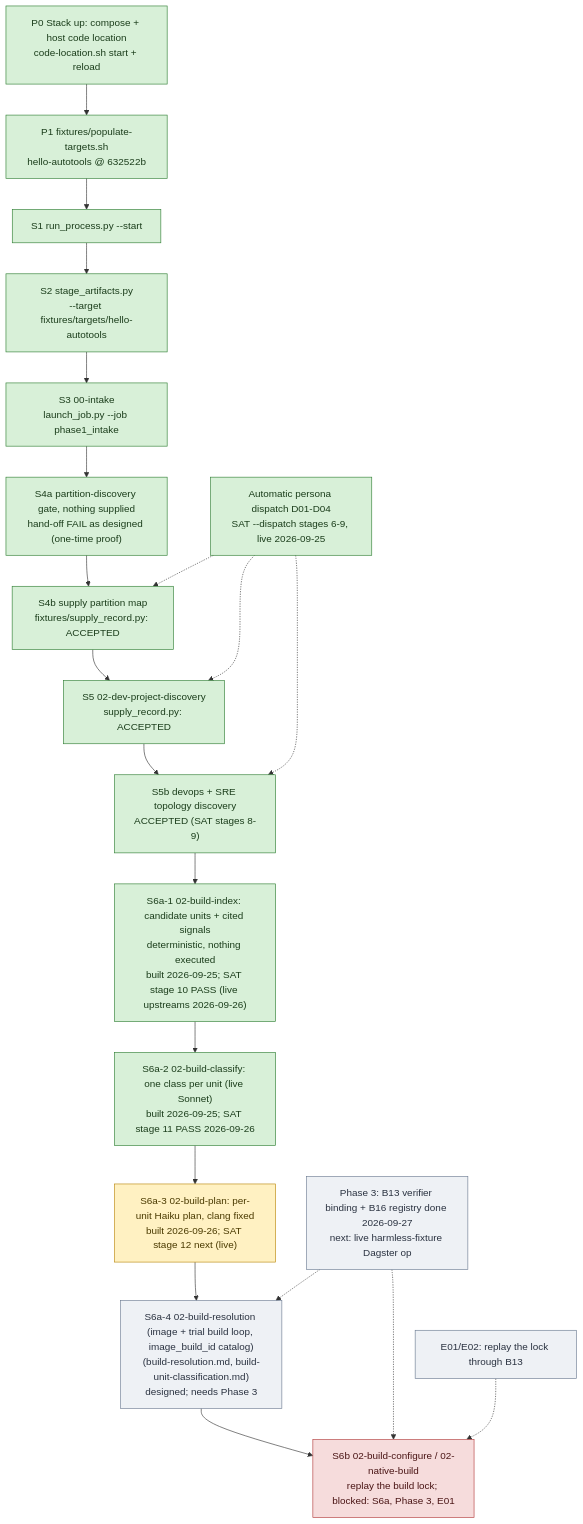
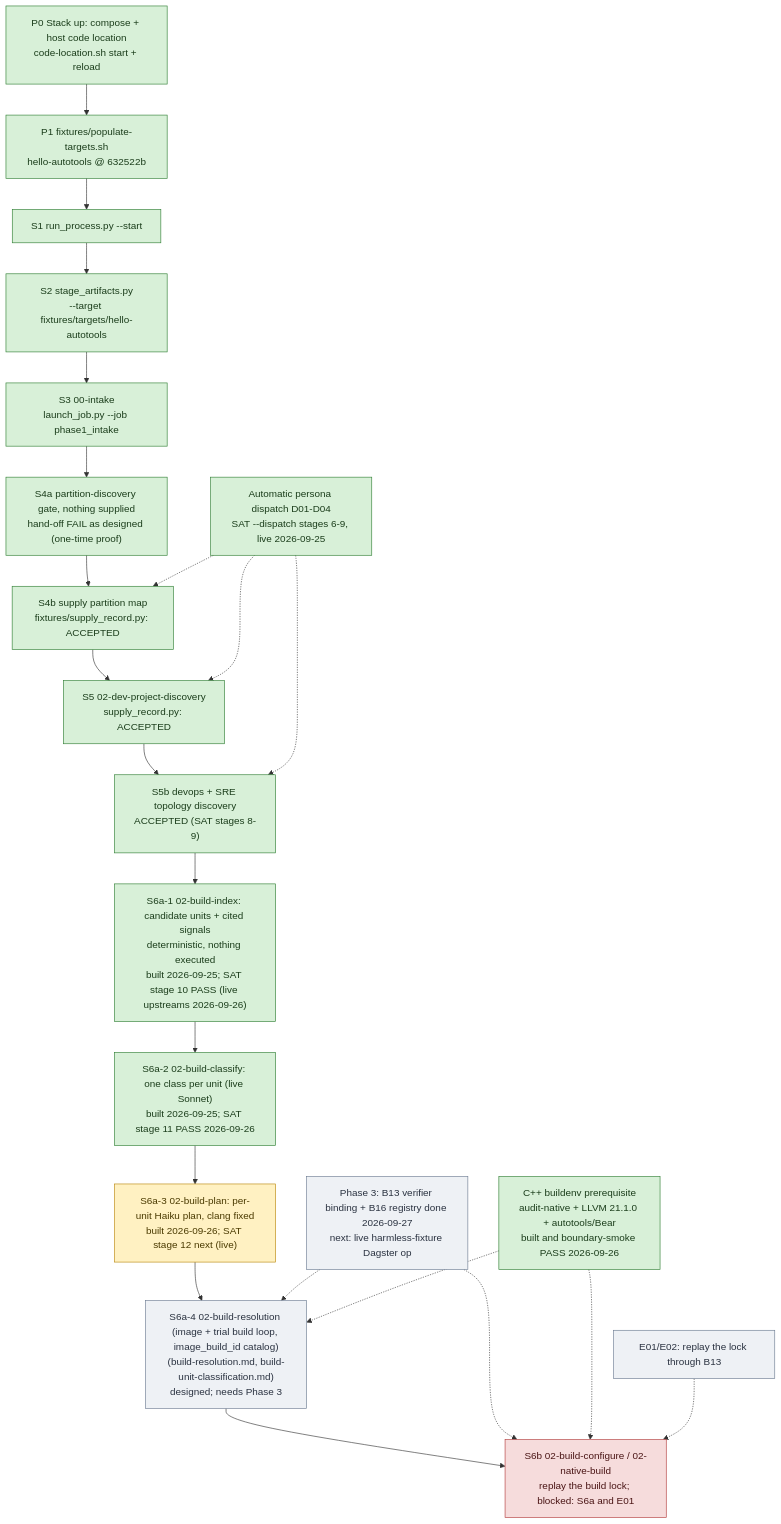
Before and after one commit to wsollers/appsec-review: the diagram in docs/processes/flow-bringup.md, drawn with Mermaid. The commit also changed other lines of this file and 23 other files, not shown here.

Commit message:
images: fix C++ buildenv on LLVM 21

````diff
--- a/docs/processes/flow-bringup.md
+++ b/docs/processes/flow-bringup.md
@@ -20,33 +20,36 @@
 ```mermaid
 flowchart TD
   P0["P0 Stack up: compose + host code location<br/>code-location.sh start + reload"]:::done
   P1["P1 fixtures/populate-targets.sh<br/>hello-autotools @ 632522b"]:::done
   S1["S1 run_process.py --start"]:::done
   S2["S2 stage_artifacts.py<br/>--target fixtures/targets/hello-autotools"]:::done
   S3["S3 00-intake<br/>launch_job.py --job phase1_intake"]:::done
   S4a["S4a partition-discovery gate, nothing supplied<br/>hand-off FAIL as designed (one-time proof)"]:::done
   S4b["S4b supply partition map<br/>fixtures/supply_record.py: ACCEPTED"]:::done
   S5["S5 02-dev-project-discovery<br/>supply_record.py: ACCEPTED"]:::done
   S5b["S5b devops + SRE topology discovery<br/>ACCEPTED (SAT stages 8-9)"]:::done
   AD["Automatic persona dispatch D01-D04<br/>SAT --dispatch stages 6-9, live 2026-09-25"]:::done
   S6i["S6a-1 02-build-index: candidate units + cited signals<br/>deterministic, nothing executed<br/>built 2026-09-25; SAT stage 10 PASS (live upstreams 2026-09-26)"]:::done
   S6c["S6a-2 02-build-classify: one class per unit (live Sonnet)<br/>built 2026-09-25; SAT stage 11 PASS 2026-09-26"]:::done
   S6p["S6a-3 02-build-plan: per-unit Haiku plan, clang fixed<br/>built 2026-09-26; SAT stage 12 next (live)"]:::next
   S6a["S6a-4 02-build-resolution (image + trial build loop, image_build_id catalog)<br/>(build-resolution.md, build-unit-classification.md)<br/>designed; needs Phase 3"]:::todo
-  S6["S6b 02-build-configure / 02-native-build<br/>replay the build lock; blocked: S6a, Phase 3, E01"]:::blocked
+  CPP["C++ buildenv prerequisite<br/>audit-native + LLVM 21.1.0 + autotools/Bear<br/>built and boundary-smoke PASS 2026-09-26"]:::done
+  S6["S6b 02-build-configure / 02-native-build<br/>replay the build lock; blocked: S6a and E01"]:::blocked
   B13["Phase 3: B13 verifier binding + B16 registry done 2026-09-27<br/>next: live harmless-fixture Dagster op"]:::todo
   E01["E01/E02: replay the lock through B13"]:::todo
 
   P0 --> P1 --> S1 --> S2 --> S3 --> S4a --> S4b --> S5 --> S5b --> S6i --> S6c --> S6p --> S6a --> S6
   AD -.-> S4b
   AD -.-> S5
   AD -.-> S5b
   B13 -.-> S6a
   B13 -.-> S6
+  CPP -.-> S6a
+  CPP -.-> S6
   E01 -.-> S6
 
   classDef done fill:#d8f0d8,stroke:#2e7d32,color:#1b3d1b
   classDef next fill:#fff1c2,stroke:#b8860b,color:#4a3a00
   classDef todo fill:#eef1f5,stroke:#6b7a90,color:#2a3240
   classDef blocked fill:#f6dcdc,stroke:#b23b3b,color:#4a1515
 ```
````
